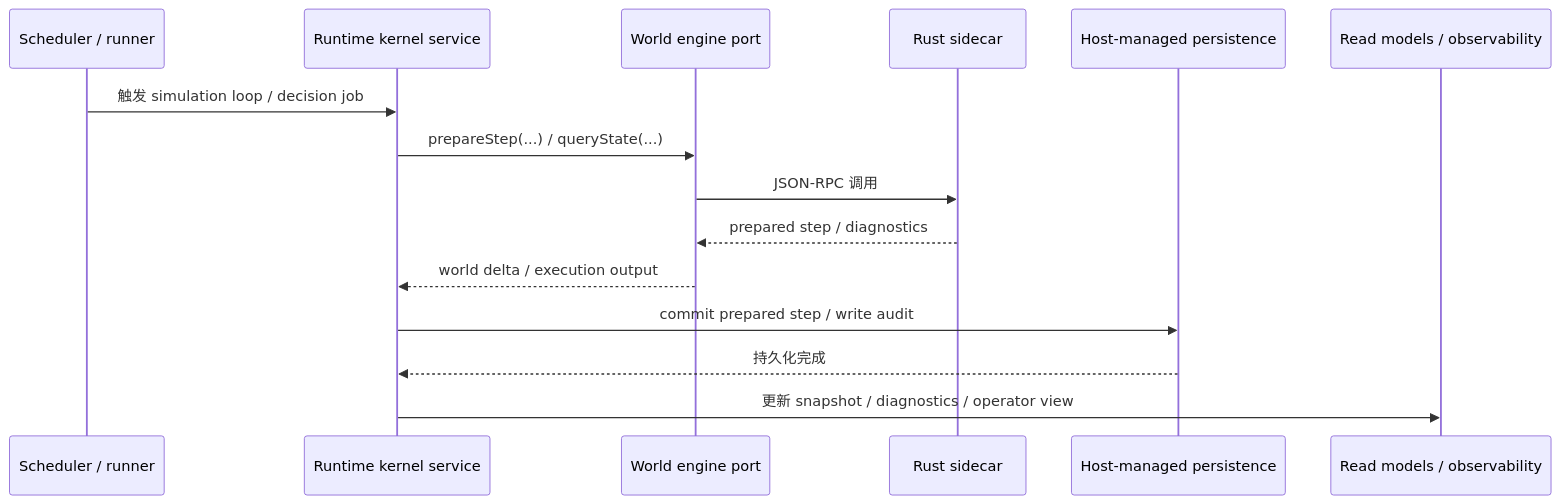
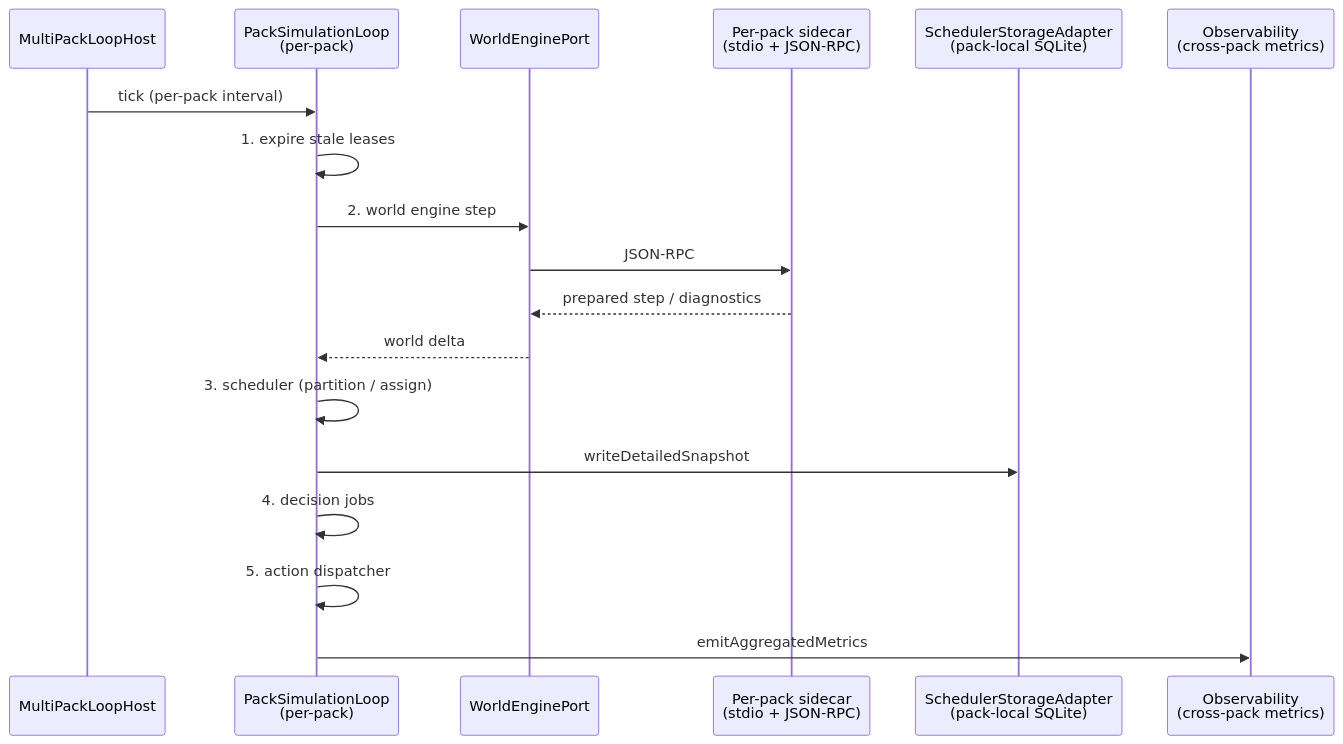
The fifth of 7 diagrams in docs/ARCH_DIAGRAM.md (Hai-de/Yidhras), drawn with Mermaid before and after one commit. The commit also changed other lines of this file and 73 other files, not shown here.

````diff
--- a/docs/ARCH_DIAGRAM.md
+++ b/docs/ARCH_DIAGRAM.md
@@ -177,18 +177,21 @@
 ```mermaid
 sequenceDiagram
-    participant Scheduler as Scheduler / runner
-    participant Kernel as Runtime kernel service
-    participant Engine as World engine port
-    participant Sidecar as Rust sidecar
-    participant Persist as Host-managed persistence
-    participant Proj as Read models / observability
+    participant MLH as MultiPackLoopHost
+    participant PSL as PackSimulationLoop<br/>(per-pack)
+    participant WEP as WorldEnginePort
+    participant Sidecar as Per-pack sidecar<br/>(stdio + JSON-RPC)
+    participant SchedStore as SchedulerStorageAdapter<br/>(pack-local SQLite)
+    participant Obs as Observability<br/>(cross-pack metrics)
 
-    Scheduler->>Kernel: 触发 simulation loop / decision job
-    Kernel->>Engine: prepareStep(...) / queryState(...)
-    Engine->>Sidecar: JSON-RPC 调用
-    Sidecar-->>Engine: prepared step / diagnostics
-    Engine-->>Kernel: world delta / execution output
-    Kernel->>Persist: commit prepared step / write audit
-    Persist-->>Kernel: 持久化完成
-    Kernel->>Proj: 更新 snapshot / diagnostics / operator view
+    MLH->>PSL: tick (per-pack interval)
+    PSL->>PSL: 1. expire stale leases
+    PSL->>WEP: 2. world engine step
+    WEP->>Sidecar: JSON-RPC
+    Sidecar-->>WEP: prepared step / diagnostics
+    WEP-->>PSL: world delta
+    PSL->>PSL: 3. scheduler (partition / assign)
+    PSL->>SchedStore: writeDetailedSnapshot
+    PSL->>PSL: 4. decision jobs
+    PSL->>PSL: 5. action dispatcher
+    PSL->>Obs: emitAggregatedMetrics
 ```
````
